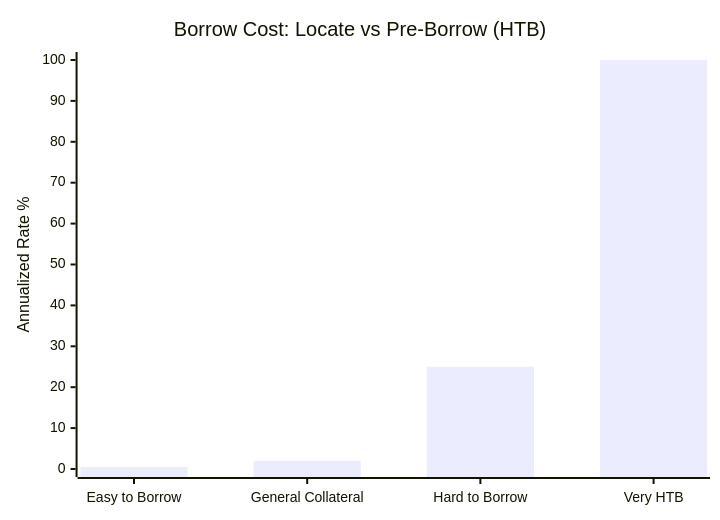
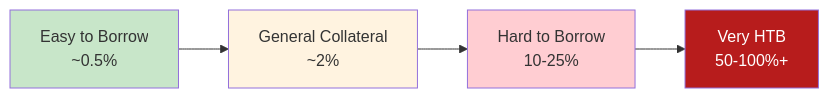
Before and after one commit to samhost123/fail-monitoring-kb: the second of 2 diagrams in 06-regulations/reg-sho/penalty-box.md, drawn with Mermaid. The commit also changed 6 other files, not shown here.

First line of the commit message:
Fix Mermaid diagrams: replace unsupported gantt/xychart with flowcharts

````diff
--- a/06-regulations/reg-sho/penalty-box.md
+++ b/06-regulations/reg-sho/penalty-box.md
@@ -71,7 +71,14 @@
 ```mermaid
-xychart-beta
-    title "Borrow Cost: Locate vs Pre-Borrow (HTB)"
-    x-axis ["Easy to Borrow", "General Collateral", "Hard to Borrow", "Very HTB"]
-    y-axis "Annualized Rate %" 0 --> 100
-    bar [0.5, 2, 25, 100]
+flowchart LR
+    ETB["Easy to Borrow<br/>~0.5%"]
+    GC["General Collateral<br/>~2%"]
+    HTB["Hard to Borrow<br/>10-25%"]
+    VHTB["Very HTB<br/>50-100%+"]
+
+    ETB --> GC --> HTB --> VHTB
+
+    style ETB fill:#c8e6c9
+    style GC fill:#fff3e0
+    style HTB fill:#ffcdd2
+    style VHTB fill:#b71c1c,color:#fff
 ```
````
